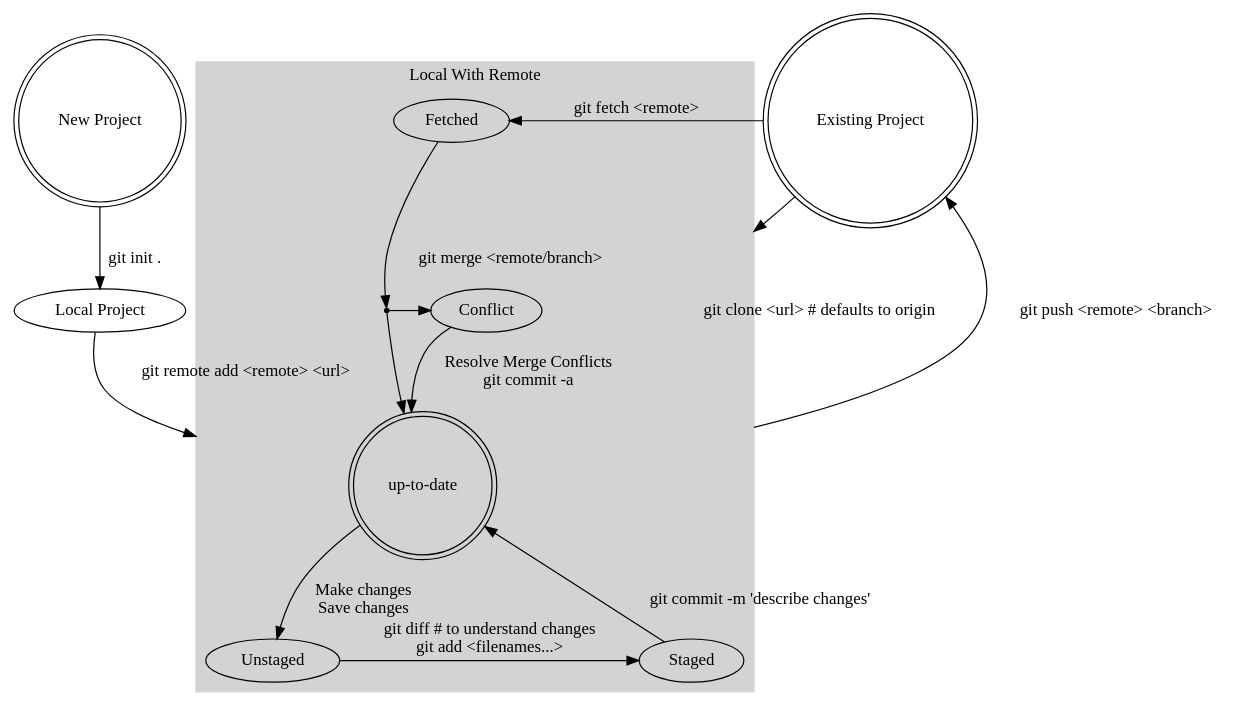
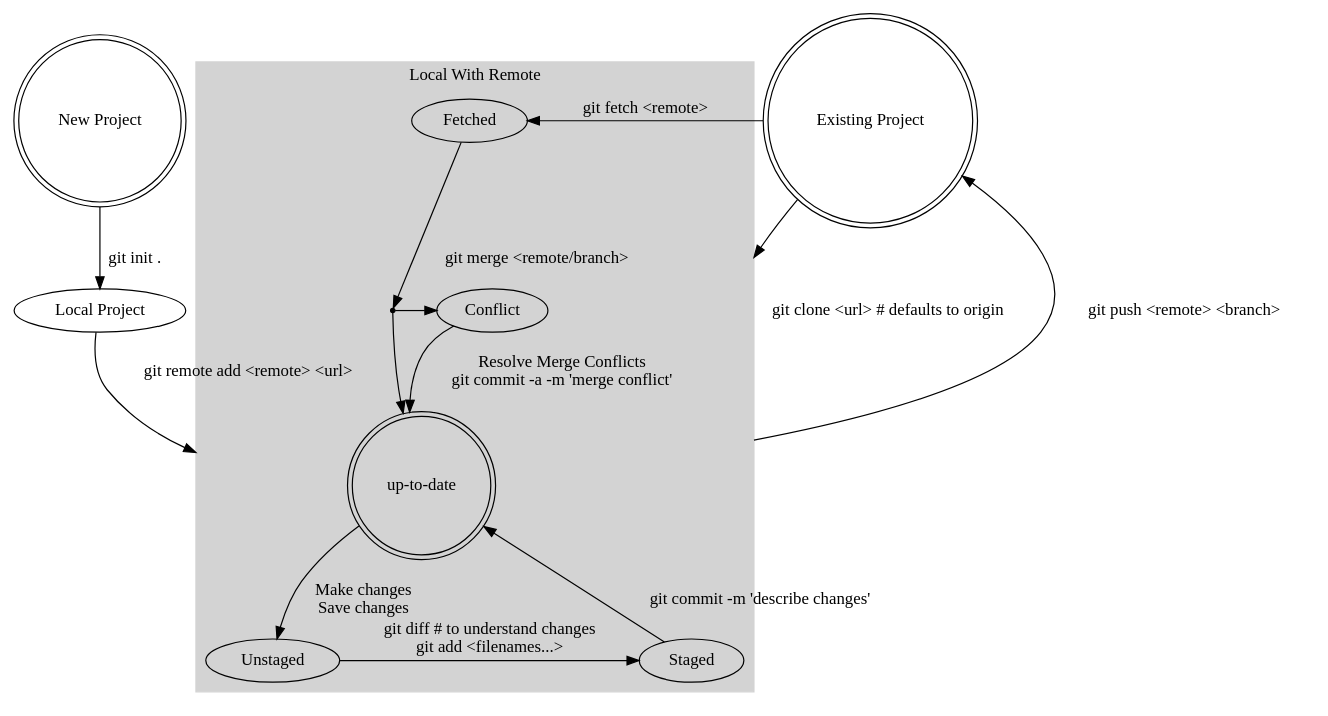
One commit to probinso/introduction-git changed the diagram in git.dot. Above: the diagram before and after it, drawn with Graphviz. The commit also changed 1 other file, not shown here.

Commit message:
update graph

```diff
--- a/git.dot
+++ b/git.dot
@@ -1,39 +1,39 @@
 digraph G {
         aize = "4,4"
         compound=true;
         {
                 NewProject[label="New Project", shape=doublecircle];
                 ExistingProject[label="Existing Project", shape=doublecircle];
                 rank=same;
                 };
 
         Local[label="Local Project"];
         subgraph cluster0 {
                 label="Local With Remote";
                 color=lightgray;
                 style=filled;
                 UpToDate [shape=doublecircle, label="up-to-date"];
                 {Unstaged; Staged; rank=same;};
 
                 UpToDate -> Unstaged [label="Make changes\nSave changes"];
                 Unstaged -> Staged [label="git diff # to understand changes\ngit add <filenames...>"];
                 Staged -> UpToDate [label="git commit -m 'describe changes'"];
 
                 {Conflict; Point[shape=point, label=""];
                         rank=same;
                         }
 
                 Fetched -> Point [label="git merge <remote/branch>"];
                 Point -> {Conflict, UpToDate}
-                Conflict -> UpToDate [label="Resolve Merge Conflicts\ngit commit -a"];
+                Conflict -> UpToDate [label="Resolve Merge Conflicts\ngit commit -a -m 'merge conflict'"];
                 };
                 Local -> UpToDate [
                                   label="git remote add <remote> <url>",
                                   lhead=cluster0];
                 NewProject -> Local [label="git init ."];
                 ExistingProject -> UpToDate [
                                             label="git clone <url> # defaults to origin"
                                             lhead=cluster0];
                 UpToDate -> ExistingProject [label="git push <remote> <branch>", ltail=cluster0];
                 ExistingProject -> Fetched [label="git fetch <remote>"];
 }
```
